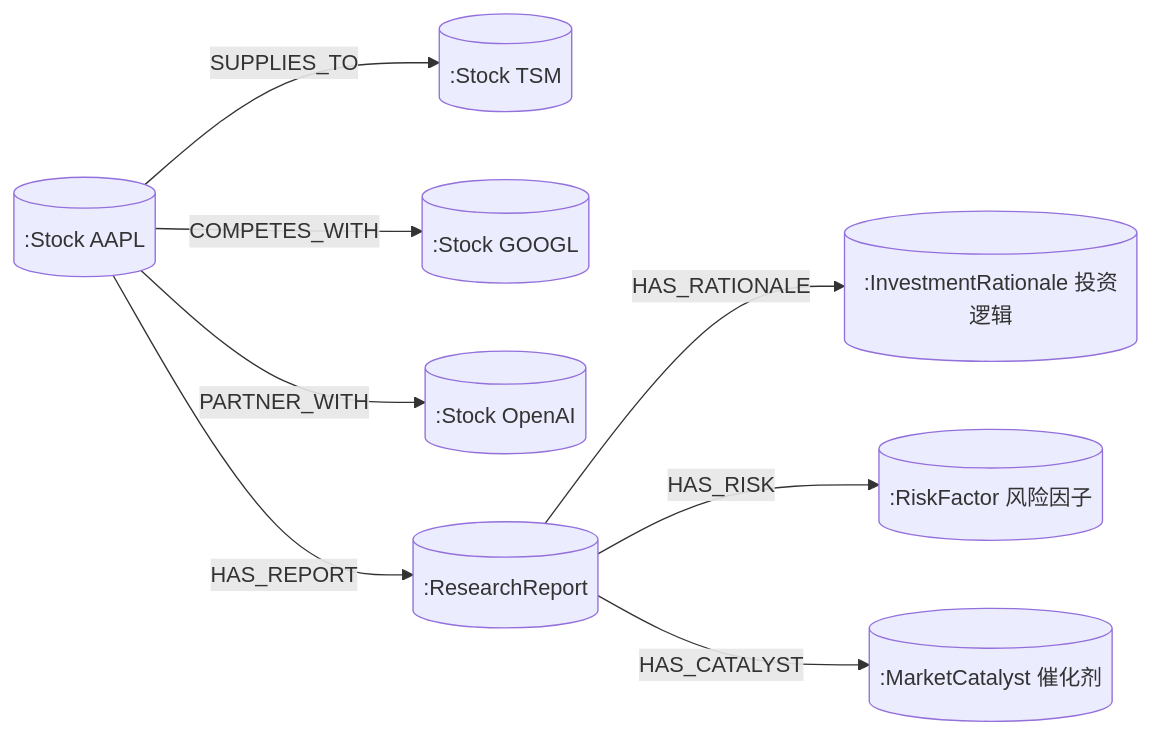
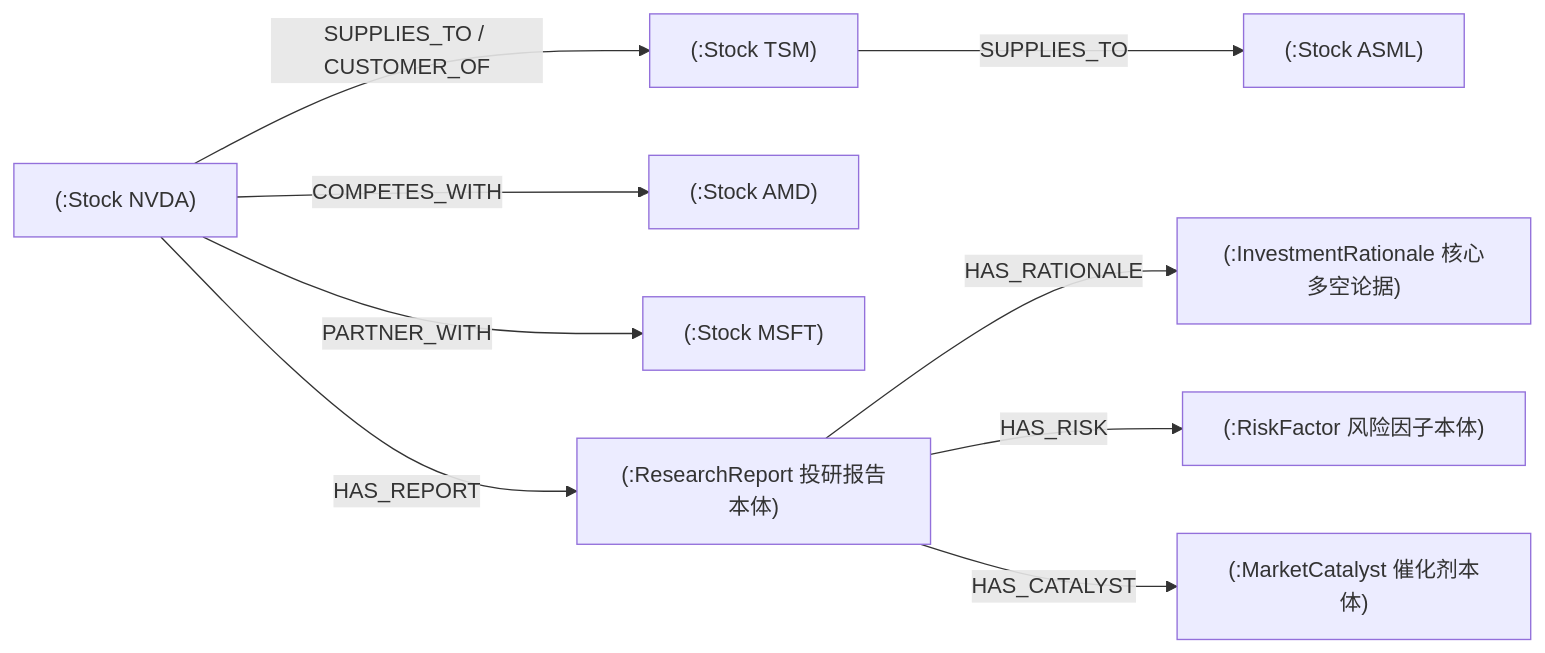
The third of 4 diagrams in ALGORITHM_WHITE_PAPER.md (azwan56/gems), drawn with Mermaid before and after one commit. The commit also changed other lines of this file and 20 other files, not shown here.

````diff
--- a/ALGORITHM_WHITE_PAPER.md
+++ b/ALGORITHM_WHITE_PAPER.md
@@ -31,11 +96,12 @@
 ```mermaid
 graph LR
-    StockA[(:Stock AAPL)] -->|SUPPLIES_TO| StockB[(:Stock TSM)]
-    StockA -->|COMPETES_WITH| StockC[(:Stock GOOGL)]
-    StockA -->|PARTNER_WITH| StockD[(:Stock OpenAI)]
+    StockA["(:Stock NVDA)"] -->|SUPPLIES_TO / CUSTOMER_OF| StockB["(:Stock TSM)"]
+    StockB -->|SUPPLIES_TO| StockE["(:Stock ASML)"]
+    StockA -->|COMPETES_WITH| StockC["(:Stock AMD)"]
+    StockA -->|PARTNER_WITH| StockD["(:Stock MSFT)"]
     
-    StockA -->|HAS_REPORT| Report[(:ResearchReport)]
-    Report -->|HAS_RATIONALE| Rationale[(:InvestmentRationale 投资逻辑)]
-    Report -->|HAS_RISK| Risk[(:RiskFactor 风险因子)]
-    Report -->|HAS_CATALYST| Catalyst[(:MarketCatalyst 催化剂)]
+    StockA -->|HAS_REPORT| Report["(:ResearchReport 投研报告本体)"]
+    Report -->|HAS_RATIONALE| Rationale["(:InvestmentRationale 核心多空论据)"]
+    Report -->|HAS_RISK| Risk["(:RiskFactor 风险因子本体)"]
+    Report -->|HAS_CATALYST| Catalyst["(:MarketCatalyst 催化剂本体)"]
 ```
````
